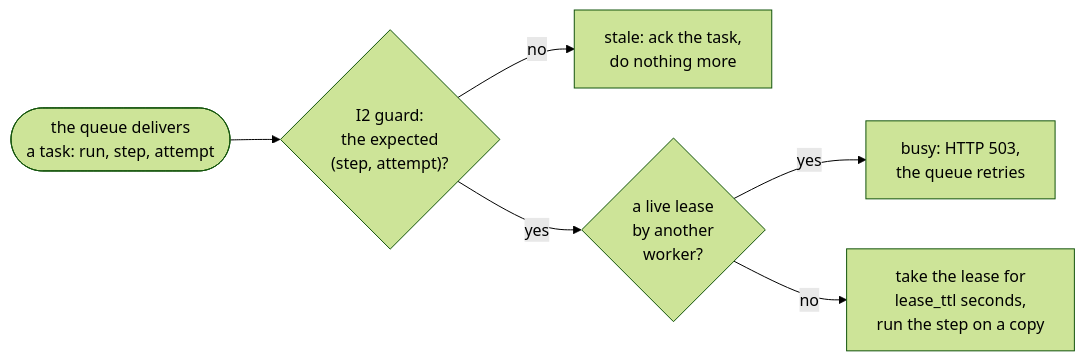
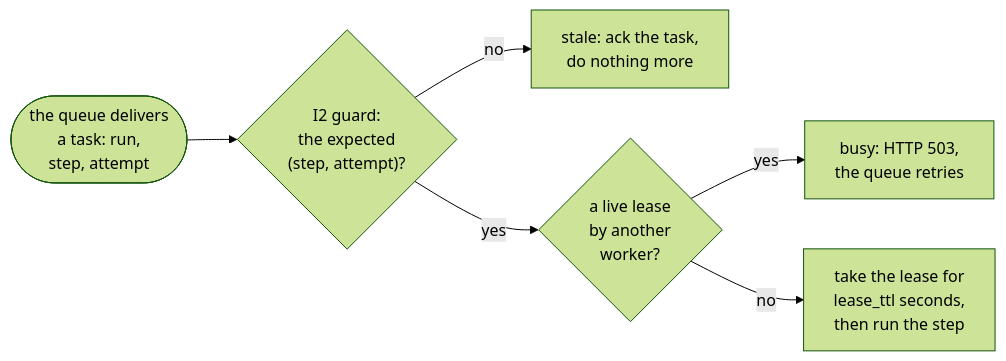
The first of 2 diagrams in 07-application-agent-framework/long-running-durable/lra-core/PRIMER.md (aniryou/full-stack-agentic-engineer), drawn with Mermaid (forest theme) before and after one commit. The commit also changed other lines of this file and 211 other files, not shown here.

````diff
--- a/07-application-agent-framework/long-running-durable/lra-core/PRIMER.md
+++ b/07-application-agent-framework/long-running-durable/lra-core/PRIMER.md
@@ -17,8 +17,8 @@
 ```mermaid
 flowchart LR
-  T(["the queue delivers<br/>a task: run, step, attempt"]) --> G{"I2 guard:<br/>the expected<br/>(step, attempt)?"}
+  T(["the queue delivers<br/>a task: run,<br/>step, attempt"]) --> G{"I2 guard:<br/>the expected<br/>(step, attempt)?"}
   G -- no --> S["stale: ack the task,<br/>do nothing more"]
   G -- yes --> L{"a live lease<br/>by another<br/>worker?"}
   L -- yes --> B["busy: HTTP 503,<br/>the queue retries"]
-  L -- no --> ST["take the lease for<br/>lease_ttl seconds,<br/>run the step on a copy"]
+  L -- no --> ST["take the lease for<br/>lease_ttl seconds,<br/>then run the step"]
 ```
````
